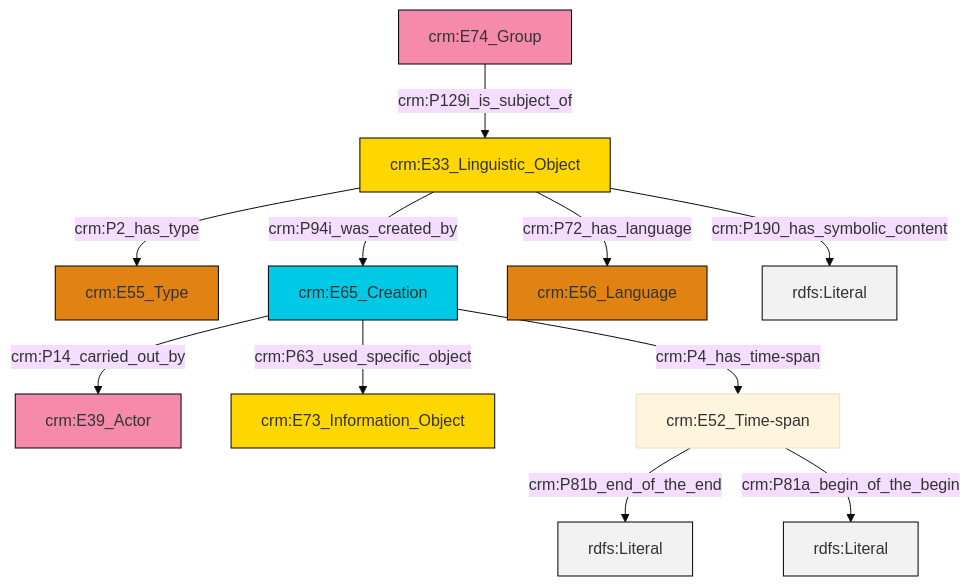
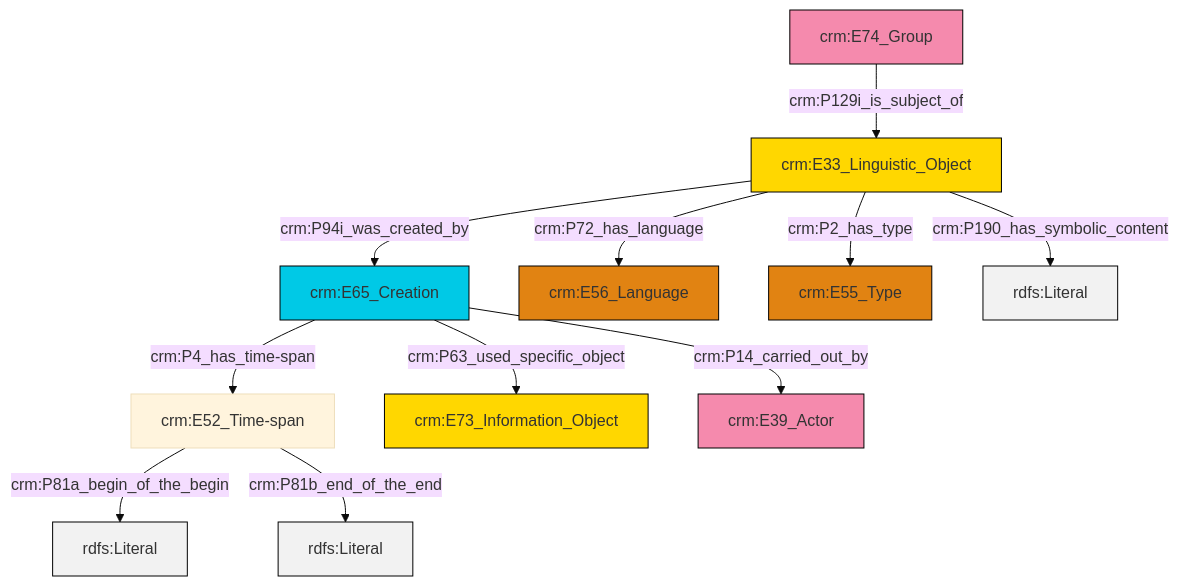
The diagram in et/groupCSV/ttl/mmd/group_description.ttl.mmd (swiss-art-research-net/reference-data-models), drawn with Mermaid (base theme) before and after one commit. The commit also changed 124 other files, not shown here.

```diff
--- a/et/groupCSV/ttl/mmd/group_description.ttl.mmd
+++ b/et/groupCSV/ttl/mmd/group_description.ttl.mmd
@@ -1,25 +1,25 @@
 graph TD
 classDef Literal fill:#f2f2f2,stroke:#000000;
 classDef CRM_Entity fill:#FFFFFF,stroke:#000000;
 classDef Temporal_Entity fill:#00C9E6, stroke:#000000;
 classDef Type fill:#E18312, stroke:#000000;
 classDef Time-Span fill:#2C9C91, stroke:#000000;
 classDef Appellation fill:#FFEB7F, stroke:#000000;
 classDef Place fill:#008836, stroke:#000000;
 classDef Persistent_Item fill:#B266B2, stroke:#000000;
 classDef Conceptual_Object fill:#FFD700, stroke:#000000;
 classDef Physical_Thing fill:#D2B48C, stroke:#000000;
 classDef Actor fill:#f58aad, stroke:#000000;
 classDef PC_Classes fill:#4ce600, stroke:#000000;
 classDef Multi fill:#cccccc,stroke:#000000;
 
-0["crm:E74_Group"]:::Actor -->|crm:P129i_is_subject_of| 1["crm:E33_Linguistic_Object"]:::Conceptual_Object
-1["crm:E33_Linguistic_Object"]:::Conceptual_Object -->|crm:P2_has_type| 2["crm:E55_Type"]:::Type
-1["crm:E33_Linguistic_Object"]:::Conceptual_Object -->|crm:P94i_was_created_by| 3["crm:E65_Creation"]:::Temporal_Entity
-1["crm:E33_Linguistic_Object"]:::Conceptual_Object -->|crm:P72_has_language| 4["crm:E56_Language"]:::Type
-14["crm:E52_Time-span"]:::Default -->|crm:P81b_end_of_the_end| 16[rdfs:Literal]:::Literal
-3["crm:E65_Creation"]:::Temporal_Entity -->|crm:P4_has_time-span| 14["crm:E52_Time-span"]:::Default
-3["crm:E65_Creation"]:::Temporal_Entity -->|crm:P63_used_specific_object| 11["crm:E73_Information_Object"]:::Conceptual_Object
-1["crm:E33_Linguistic_Object"]:::Conceptual_Object -->|crm:P190_has_symbolic_content| 17[rdfs:Literal]:::Literal
-14["crm:E52_Time-span"]:::Default -->|crm:P81a_begin_of_the_begin| 18[rdfs:Literal]:::Literal
-3["crm:E65_Creation"]:::Temporal_Entity -->|crm:P14_carried_out_by| 8["crm:E39_Actor"]:::Actor
+2["crm:E65_Creation"]:::Temporal_Entity -->|crm:P4_has_time-span| 0["crm:E52_Time-span"]:::Default
+3["crm:E33_Linguistic_Object"]:::Conceptual_Object -->|crm:P72_has_language| 4["crm:E56_Language"]:::Type
+0["crm:E52_Time-span"]:::Default -->|crm:P81a_begin_of_the_begin| 5[rdfs:Literal]:::Literal
+2["crm:E65_Creation"]:::Temporal_Entity -->|crm:P63_used_specific_object| 6["crm:E73_Information_Object"]:::Conceptual_Object
+3["crm:E33_Linguistic_Object"]:::Conceptual_Object -->|crm:P94i_was_created_by| 2["crm:E65_Creation"]:::Temporal_Entity
+3["crm:E33_Linguistic_Object"]:::Conceptual_Object -->|crm:P2_has_type| 8["crm:E55_Type"]:::Type
+12["crm:E74_Group"]:::Actor -->|crm:P129i_is_subject_of| 3["crm:E33_Linguistic_Object"]:::Conceptual_Object
+3["crm:E33_Linguistic_Object"]:::Conceptual_Object -->|crm:P190_has_symbolic_content| 13[rdfs:Literal]:::Literal
+0["crm:E52_Time-span"]:::Default -->|crm:P81b_end_of_the_end| 14[rdfs:Literal]:::Literal
+2["crm:E65_Creation"]:::Temporal_Entity -->|crm:P14_carried_out_by| 10["crm:E39_Actor"]:::Actor
```
